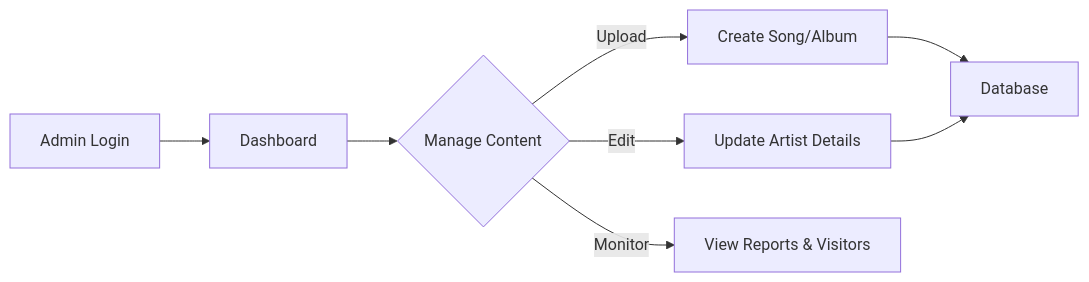
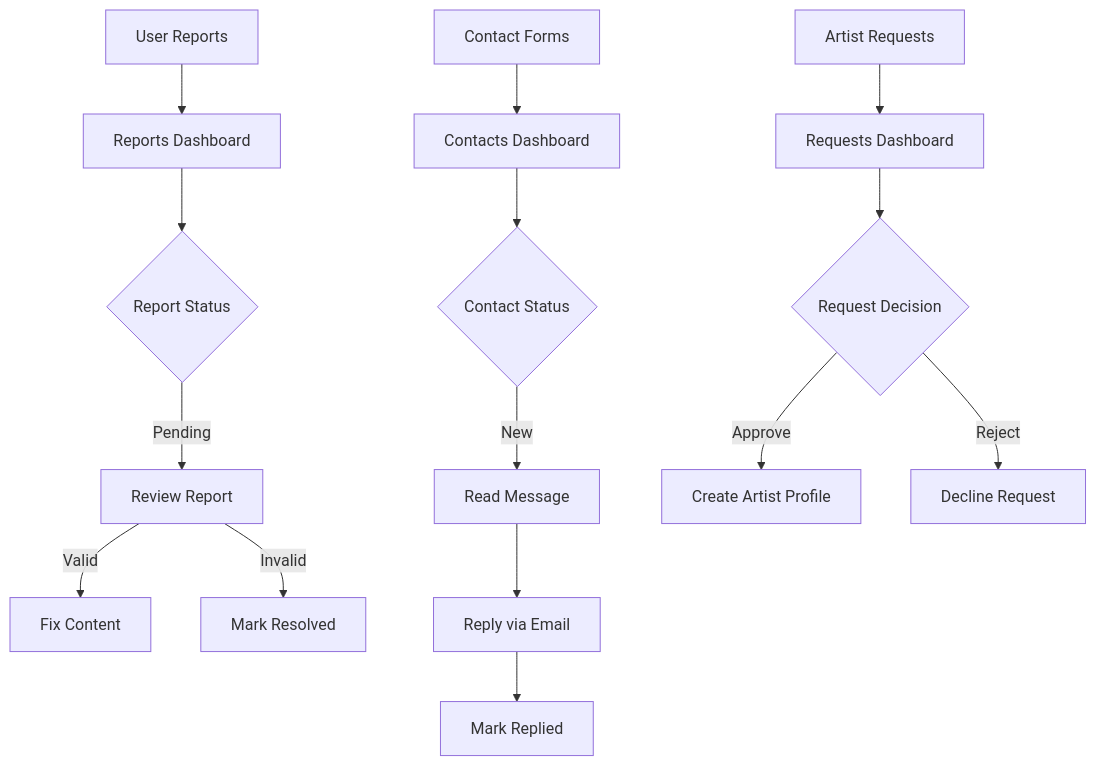
One commit to mrkhatri01-code/music changed the fourth of 4 diagrams in README.md. Above: the diagram before and after it, drawn with Mermaid. The commit also changed other lines of this file, not shown here.

````diff
--- a/README.md
+++ b/README.md
@@ -103,10 +419,20 @@
 ```mermaid
-graph LR
-    A[Admin Login] --> B[Dashboard]
-    B --> C{Manage Content}
-    C -->|Upload| D[Create Song/Album]
-    C -->|Edit| E[Update Artist Details]
-    C -->|Monitor| F[View Reports & Visitors]
-    D --> G[Database]
-    E --> G
+graph TD
+    A[User Reports] --> B[Reports Dashboard]
+    C[Contact Forms] --> D[Contacts Dashboard]
+    E[Artist Requests] --> F[Requests Dashboard]
+    
+    B --> G{Report Status}
+    G -->|Pending| H[Review Report]
+    H -->|Valid| I[Fix Content]
+    H -->|Invalid| J[Mark Resolved]
+    
+    D --> K{Contact Status}
+    K -->|New| L[Read Message]
+    L --> M[Reply via Email]
+    M --> N[Mark Replied]
+    
+    F --> O{Request Decision}
+    O -->|Approve| P[Create Artist Profile]
+    O -->|Reject| Q[Decline Request]
 ```
````
